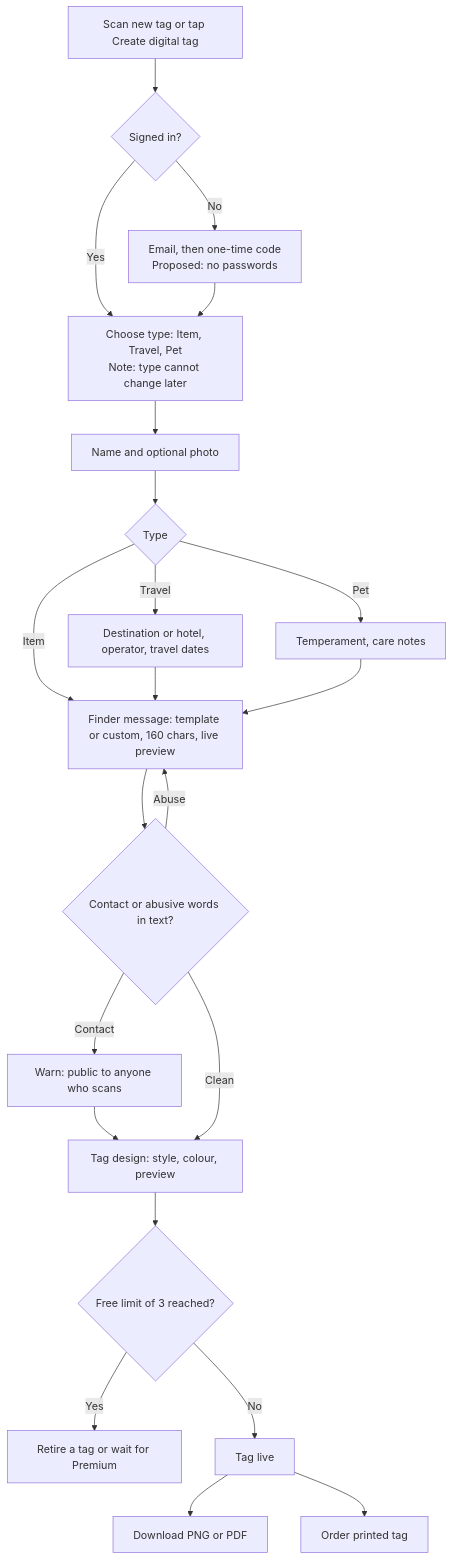
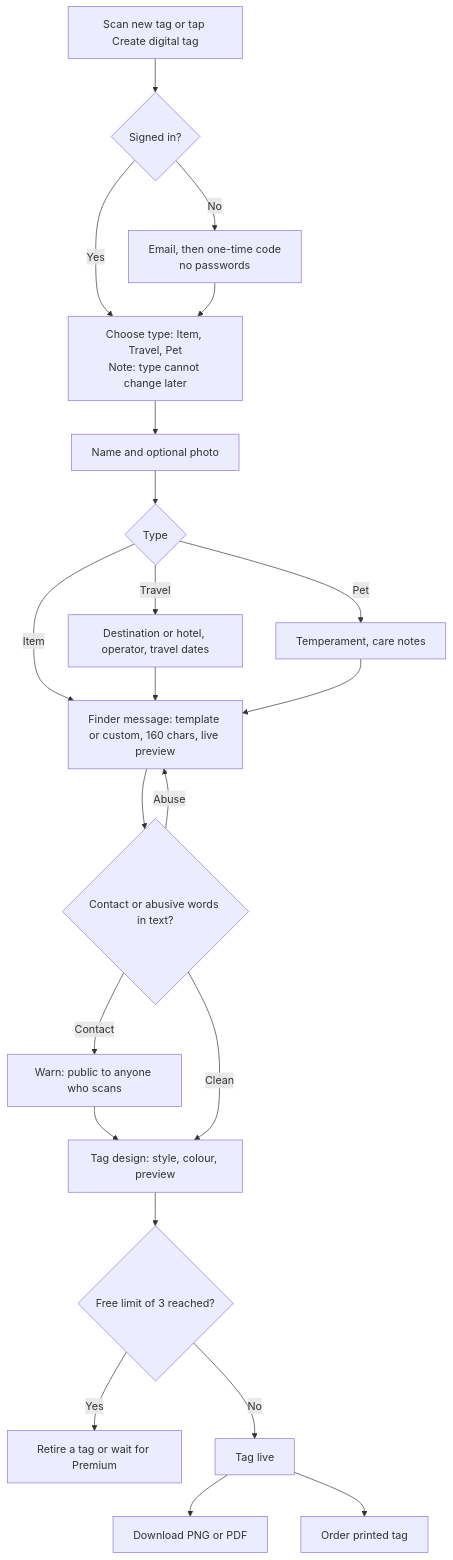
Before and after one commit to Selaseyjr/tagkin: the first of 4 diagrams in docs/USER-FLOWS.md, drawn with Mermaid. The commit also changed other lines of this file and 1 other file, not shown here.

Commit message:
Flow decisions signed off

````diff
--- a/docs/USER-FLOWS.md
+++ b/docs/USER-FLOWS.md
@@ -19,23 +19,23 @@
 ```mermaid
 flowchart TD
   A[Scan new tag or tap Create digital tag] --> B{Signed in?}
-  B -- No --> C[Email, then one-time code<br/>Proposed: no passwords]
+  B -- No --> C[Email, then one-time code<br/>no passwords]
   B -- Yes --> D
   C --> D[Choose type: Item, Travel, Pet<br/>Note: type cannot change later]
   D --> E[Name and optional photo]
   E --> F{Type}
   F -- Travel --> G[Destination or hotel, operator, travel dates]
   F -- Pet --> H[Temperament, care notes]
   F -- Item --> I
   G --> I[Finder message: template or custom, 160 chars, live preview]
   H --> I
   I --> J{Contact or abusive words in text?}
   J -- Contact --> K[Warn: public to anyone who scans] --> L
   J -- Abuse --> I
   J -- Clean --> L[Tag design: style, colour, preview]
   L --> M{Free limit of 3 reached?}
   M -- Yes --> N[Retire a tag or wait for Premium]
   M -- No --> O[Tag live]
   O --> P[Download PNG or PDF]
   O --> Q[Order printed tag]
 ```
````
